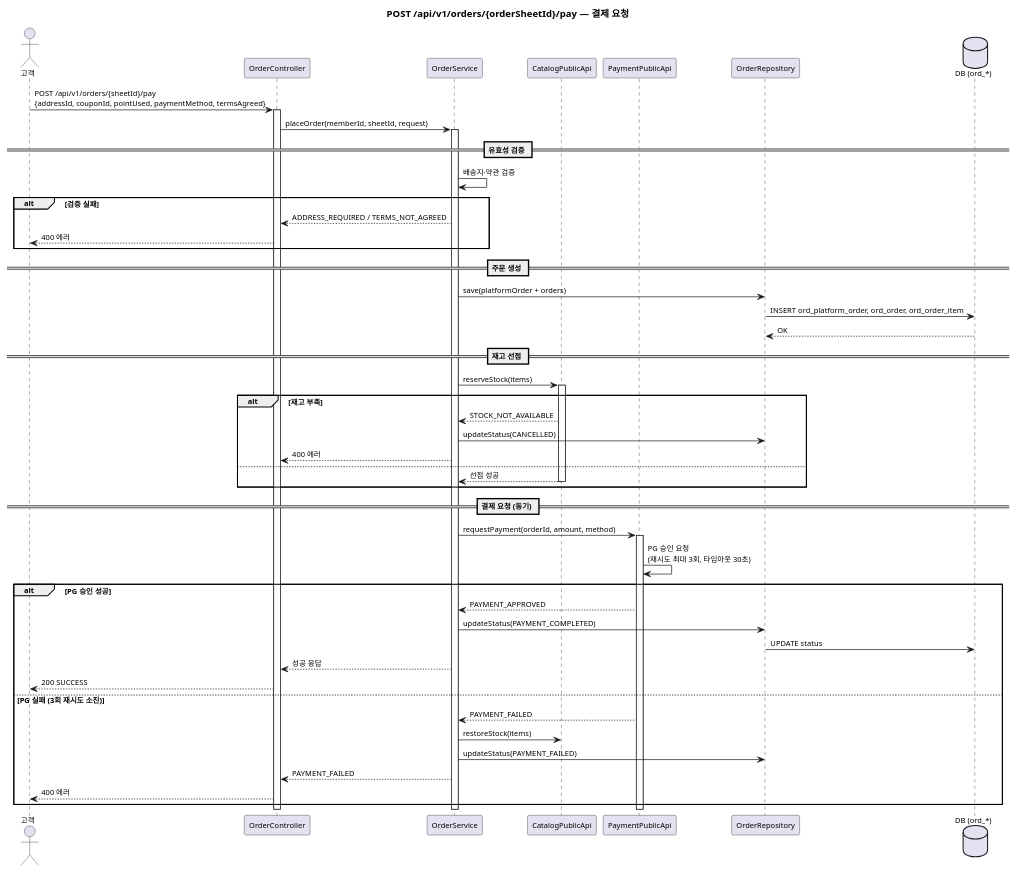
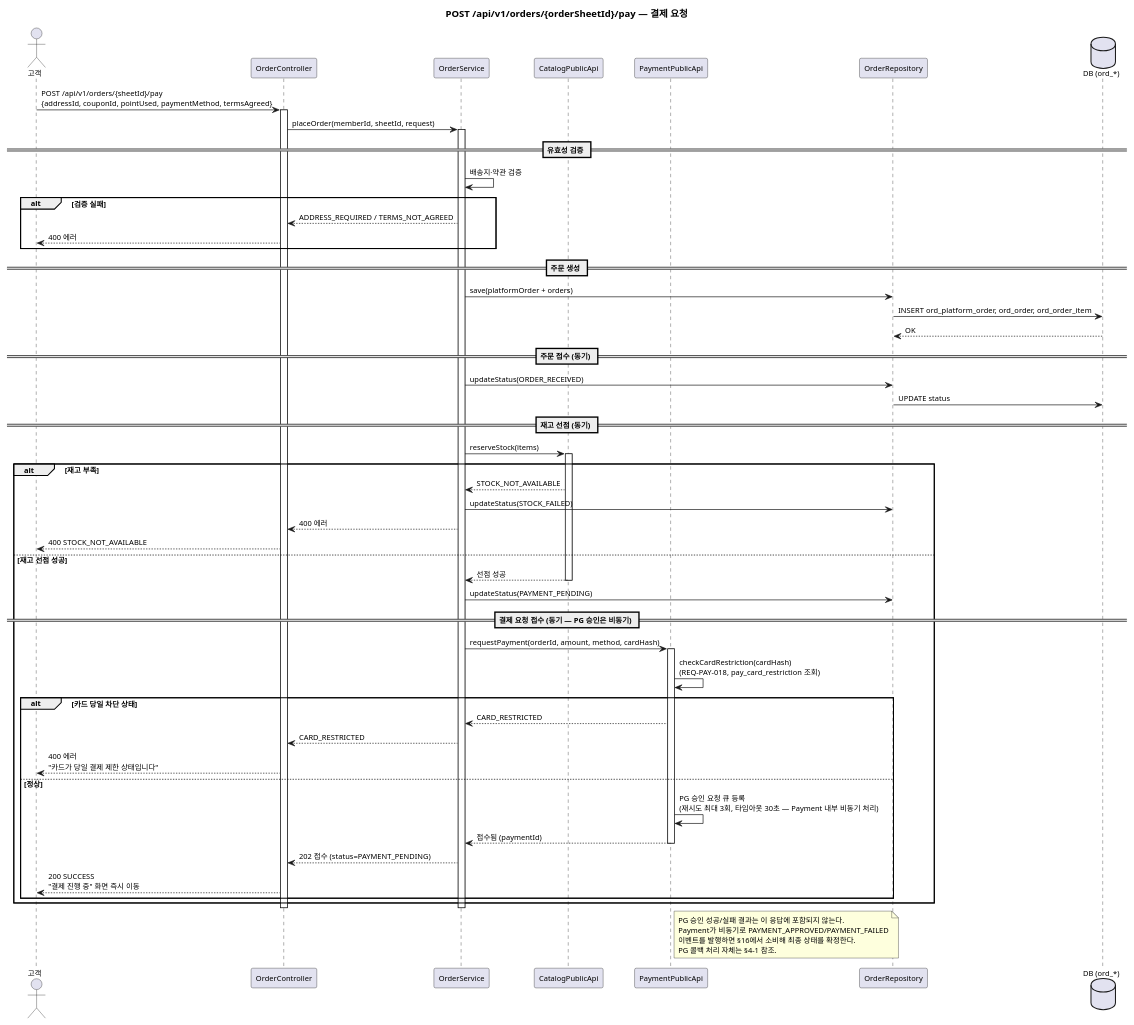
One commit to parknahyun/runNShop changed the fourth of 26 diagrams in docs/자산화-단계별/S3-상세설계/16-시퀀스(Order-Payment).md. Above: the diagram before and after it, drawn with PlantUML. The commit also changed other lines of this file and 14 other files, not shown here.

````diff
--- a/docs/자산화-단계별/S3-상세설계/16-시퀀스(Order-Payment).md
+++ b/docs/자산화-단계별/S3-상세설계/16-시퀀스(Order-Payment).md
@@ -175,67 +175,77 @@
 ```plantuml
 @startuml
 skinparam backgroundColor transparent
 skinparam defaultFontSize 11
 title POST /api/v1/orders/{orderSheetId}/pay — 결제 요청
 
 actor 고객 as Client
 participant "OrderController" as OC
 participant "OrderService" as OS
 participant "CatalogPublicApi" as CAT
 participant "PaymentPublicApi" as PAY
 participant "OrderRepository" as OR
 database "DB (ord_*)" as DB
 
 Client -> OC : POST /api/v1/orders/{sheetId}/pay\n{addressId, couponId, pointUsed, paymentMethod, termsAgreed}
 activate OC
 
 OC -> OS : placeOrder(memberId, sheetId, request)
 activate OS
 
 == 유효성 검증 ==
 OS -> OS : 배송지·약관 검증
 alt 검증 실패
   OS --> OC : ADDRESS_REQUIRED / TERMS_NOT_AGREED
   OC --> Client : 400 에러
 end
 
 == 주문 생성 ==
 OS -> OR : save(platformOrder + orders)
 OR -> DB : INSERT ord_platform_order, ord_order, ord_order_item
 DB --> OR : OK
 
-== 재고 선점 ==
+== 주문 접수 (동기) ==
+OS -> OR : updateStatus(ORDER_RECEIVED)
+OR -> DB : UPDATE status
+
+== 재고 선점 (동기) ==
 OS -> CAT : reserveStock(items)
 activate CAT
 alt 재고 부족
   CAT --> OS : STOCK_NOT_AVAILABLE
-  OS -> OR : updateStatus(CANCELLED)
+  OS -> OR : updateStatus(STOCK_FAILED)
   OS --> OC : 400 에러
-else
+  OC --> Client : 400 STOCK_NOT_AVAILABLE
+else 재고 선점 성공
   CAT --> OS : 선점 성공
   deactivate CAT
+  OS -> OR : updateStatus(PAYMENT_PENDING)
+
+  == 결제 요청 접수 (동기 — PG 승인은 비동기) ==
+  OS -> PAY : requestPayment(orderId, amount, method, cardHash)
+  activate PAY
+  PAY -> PAY : checkCardRestriction(cardHash)\n(REQ-PAY-018, pay_card_restriction 조회)
+  alt 카드 당일 차단 상태
+    PAY --> OS : CARD_RESTRICTED
+    OS --> OC : CARD_RESTRICTED
+    OC --> Client : 400 에러\n"카드가 당일 결제 제한 상태입니다"
+  else 정상
+    PAY -> PAY : PG 승인 요청 큐 등록\n(재시도 최대 3회, 타임아웃 30초 — Payment 내부 비동기 처리)
+    PAY --> OS : 접수됨 (paymentId)
+    deactivate PAY
+    OS --> OC : 202 접수 (status=PAYMENT_PENDING)
+    OC --> Client : 200 SUCCESS\n"결제 진행 중" 화면 즉시 이동
+  end
 end
-
-== 결제 요청 (동기) ==
-OS -> PAY : requestPayment(orderId, amount, method)
-activate PAY
-PAY -> PAY : PG 승인 요청\n(재시도 최대 3회, 타임아웃 30초)
-alt PG 승인 성공
-  PAY --> OS : PAYMENT_APPROVED
-  OS -> OR : updateStatus(PAYMENT_COMPLETED)
-  OR -> DB : UPDATE status
-  OS --> OC : 성공 응답
-  OC --> Client : 200 SUCCESS
-else PG 실패 (3회 재시도 소진)
-  PAY --> OS : PAYMENT_FAILED
-  OS -> CAT : restoreStock(items)
-  OS -> OR : updateStatus(PAYMENT_FAILED)
-  OS --> OC : PAYMENT_FAILED
-  OC --> Client : 400 에러
-end
-deactivate PAY
 deactivate OS
 deactivate OC
 
+note right of PAY
+  PG 승인 성공/실패 결과는 이 응답에 포함되지 않는다.
+  Payment가 비동기로 PAYMENT_APPROVED/PAYMENT_FAILED
+  이벤트를 발행하면 §16에서 소비해 최종 상태를 확정한다.
+  PG 콜백 처리 자체는 §4-1 참조.
+end note
+
 @enduml
 ```
````
